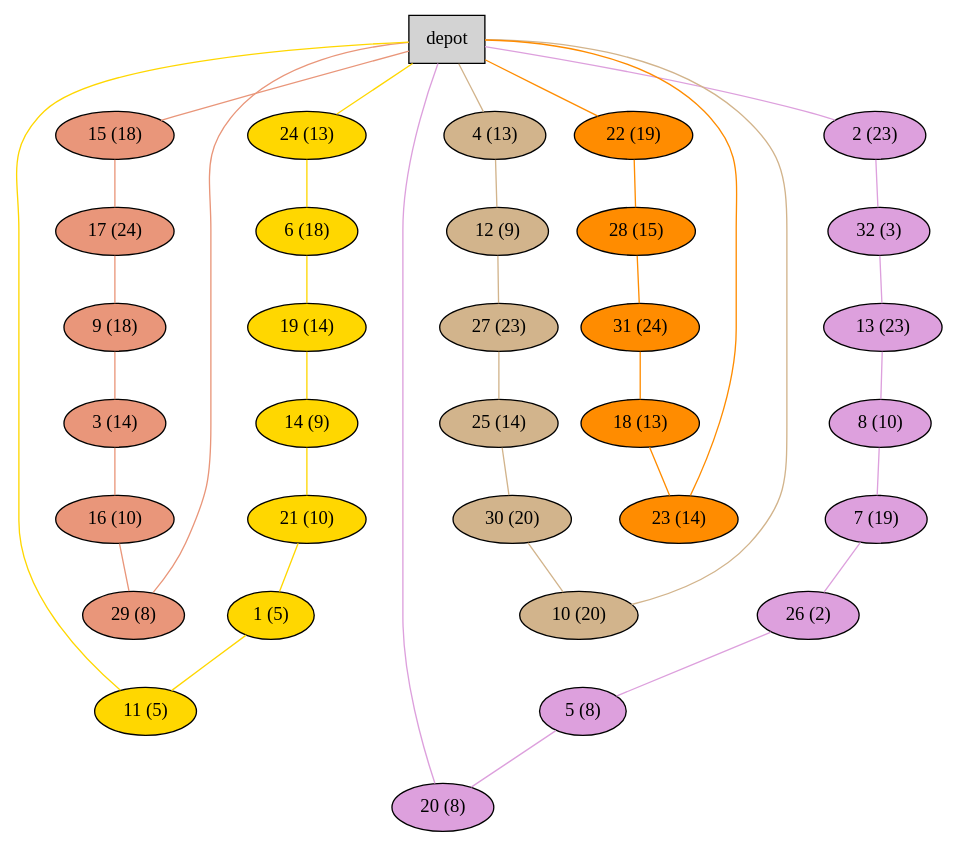
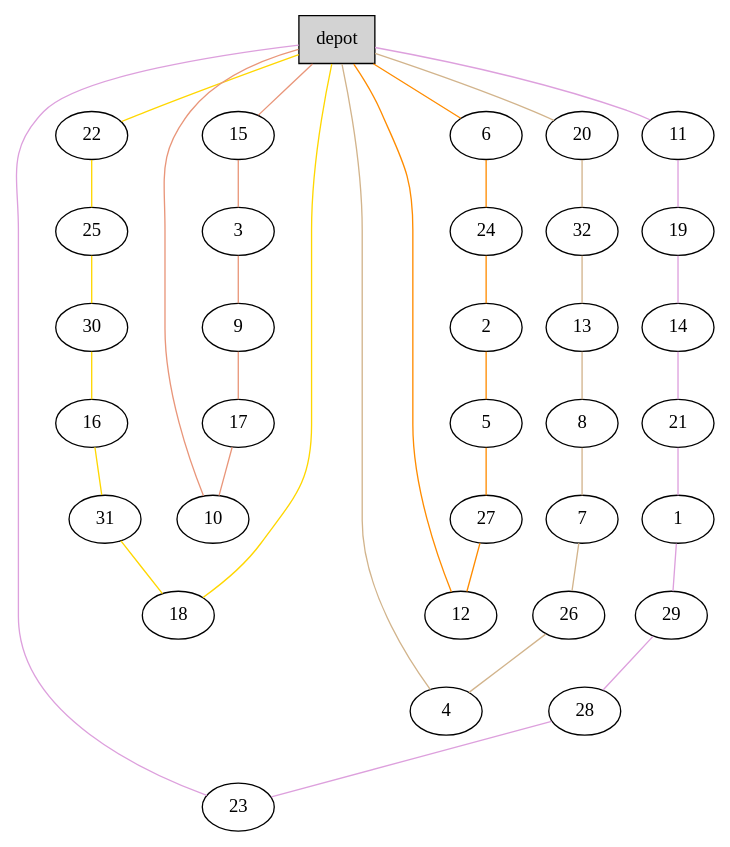
One commit to akheireddine/MAOA changed the diagram in Instances/A/plots_heuristics/A-n33-k5.vrp_G.dot. Above: the diagram before and after it, drawn with Graphviz. The commit also changed 329 other files, not shown here.

```diff
--- a/Instances/A/plots_heuristics/A-n33-k5.vrp_G.dot
+++ b/Instances/A/plots_heuristics/A-n33-k5.vrp_G.dot
@@ -1,72 +1,72 @@
 graph G {
   0[shape = box, label = "depot", style = filled ];
-  15[shape = ellipse, label = "15 (18)", style = filled , fillcolor = darksalmon ];
+  15[shape = ellipse];
   "0"--"15"[color = darksalmon];
-  17[shape = ellipse, label = "17 (24)", style = filled , fillcolor = darksalmon ];
-  "15"--"17"[color = darksalmon];
-  9[shape = ellipse, label = "9 (18)", style = filled , fillcolor = darksalmon ];
-  "17"--"9"[color = darksalmon];
-  3[shape = ellipse, label = "3 (14)", style = filled , fillcolor = darksalmon ];
-  "9"--"3"[color = darksalmon];
-  16[shape = ellipse, label = "16 (10)", style = filled , fillcolor = darksalmon ];
-  "3"--"16"[color = darksalmon];
-  29[shape = ellipse, label = "29 (8)", style = filled , fillcolor = darksalmon ];
-  "16"--"29"[color = darksalmon];
-  "29"--"0"[color = darksalmon];
-  24[shape = ellipse, label = "24 (13)", style = filled , fillcolor = gold ];
-  "0"--"24"[color = gold];
-  6[shape = ellipse, label = "6 (18)", style = filled , fillcolor = gold ];
-  "24"--"6"[color = gold];
-  19[shape = ellipse, label = "19 (14)", style = filled , fillcolor = gold ];
-  "6"--"19"[color = gold];
-  14[shape = ellipse, label = "14 (9)", style = filled , fillcolor = gold ];
-  "19"--"14"[color = gold];
-  21[shape = ellipse, label = "21 (10)", style = filled , fillcolor = gold ];
-  "14"--"21"[color = gold];
-  1[shape = ellipse, label = "1 (5)", style = filled , fillcolor = gold ];
-  "21"--"1"[color = gold];
-  11[shape = ellipse, label = "11 (5)", style = filled , fillcolor = gold ];
-  "1"--"11"[color = gold];
-  "11"--"0"[color = gold];
-  2[shape = ellipse, label = "2 (23)", style = filled , fillcolor = plum ];
-  "0"--"2"[color = plum];
-  32[shape = ellipse, label = "32 (3)", style = filled , fillcolor = plum ];
-  "2"--"32"[color = plum];
-  13[shape = ellipse, label = "13 (23)", style = filled , fillcolor = plum ];
-  "32"--"13"[color = plum];
-  8[shape = ellipse, label = "8 (10)", style = filled , fillcolor = plum ];
-  "13"--"8"[color = plum];
-  7[shape = ellipse, label = "7 (19)", style = filled , fillcolor = plum ];
-  "8"--"7"[color = plum];
-  26[shape = ellipse, label = "26 (2)", style = filled , fillcolor = plum ];
-  "7"--"26"[color = plum];
-  5[shape = ellipse, label = "5 (8)", style = filled , fillcolor = plum ];
-  "26"--"5"[color = plum];
-  20[shape = ellipse, label = "20 (8)", style = filled , fillcolor = plum ];
-  "5"--"20"[color = plum];
-  "20"--"0"[color = plum];
-  4[shape = ellipse, label = "4 (13)", style = filled , fillcolor = tan ];
-  "0"--"4"[color = tan];
-  12[shape = ellipse, label = "12 (9)", style = filled , fillcolor = tan ];
-  "4"--"12"[color = tan];
-  27[shape = ellipse, label = "27 (23)", style = filled , fillcolor = tan ];
-  "12"--"27"[color = tan];
-  25[shape = ellipse, label = "25 (14)", style = filled , fillcolor = tan ];
-  "27"--"25"[color = tan];
-  30[shape = ellipse, label = "30 (20)", style = filled , fillcolor = tan ];
-  "25"--"30"[color = tan];
-  10[shape = ellipse, label = "10 (20)", style = filled , fillcolor = tan ];
-  "30"--"10"[color = tan];
-  "10"--"0"[color = tan];
-  22[shape = ellipse, label = "22 (19)", style = filled , fillcolor = darkorange ];
-  "0"--"22"[color = darkorange];
-  28[shape = ellipse, label = "28 (15)", style = filled , fillcolor = darkorange ];
-  "22"--"28"[color = darkorange];
-  31[shape = ellipse, label = "31 (24)", style = filled , fillcolor = darkorange ];
-  "28"--"31"[color = darkorange];
-  18[shape = ellipse, label = "18 (13)", style = filled , fillcolor = darkorange ];
-  "31"--"18"[color = darkorange];
-  23[shape = ellipse, label = "23 (14)", style = filled , fillcolor = darkorange ];
-  "18"--"23"[color = darkorange];
-  "23"--"0"[color = darkorange];
+  3[shape = ellipse];
+  "15"--"3"[color = darksalmon];
+  9[shape = ellipse];
+  "3"--"9"[color = darksalmon];
+  17[shape = ellipse];
+  "9"--"17"[color = darksalmon];
+  10[shape = ellipse];
+  "17"--"10"[color = darksalmon];
+  "10"--"0"[color = darksalmon];
+  22[shape = ellipse];
+  "0"--"22"[color = gold];
+  25[shape = ellipse];
+  "22"--"25"[color = gold];
+  30[shape = ellipse];
+  "25"--"30"[color = gold];
+  16[shape = ellipse];
+  "30"--"16"[color = gold];
+  31[shape = ellipse];
+  "16"--"31"[color = gold];
+  18[shape = ellipse];
+  "31"--"18"[color = gold];
+  "18"--"0"[color = gold];
+  11[shape = ellipse];
+  "0"--"11"[color = plum];
+  19[shape = ellipse];
+  "11"--"19"[color = plum];
+  14[shape = ellipse];
+  "19"--"14"[color = plum];
+  21[shape = ellipse];
+  "14"--"21"[color = plum];
+  1[shape = ellipse];
+  "21"--"1"[color = plum];
+  29[shape = ellipse];
+  "1"--"29"[color = plum];
+  28[shape = ellipse];
+  "29"--"28"[color = plum];
+  23[shape = ellipse];
+  "28"--"23"[color = plum];
+  "23"--"0"[color = plum];
+  20[shape = ellipse];
+  "0"--"20"[color = tan];
+  32[shape = ellipse];
+  "20"--"32"[color = tan];
+  13[shape = ellipse];
+  "32"--"13"[color = tan];
+  8[shape = ellipse];
+  "13"--"8"[color = tan];
+  7[shape = ellipse];
+  "8"--"7"[color = tan];
+  26[shape = ellipse];
+  "7"--"26"[color = tan];
+  4[shape = ellipse];
+  "26"--"4"[color = tan];
+  "4"--"0"[color = tan];
+  6[shape = ellipse];
+  "0"--"6"[color = darkorange];
+  24[shape = ellipse];
+  "6"--"24"[color = darkorange];
+  2[shape = ellipse];
+  "24"--"2"[color = darkorange];
+  5[shape = ellipse];
+  "2"--"5"[color = darkorange];
+  27[shape = ellipse];
+  "5"--"27"[color = darkorange];
+  12[shape = ellipse];
+  "27"--"12"[color = darkorange];
+  "12"--"0"[color = darkorange];
 }
```
